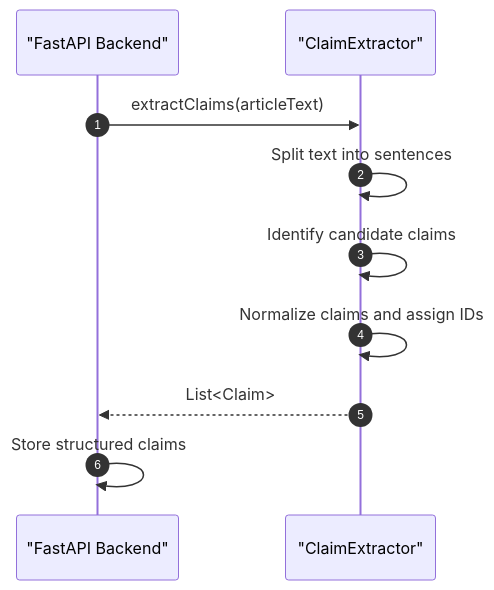
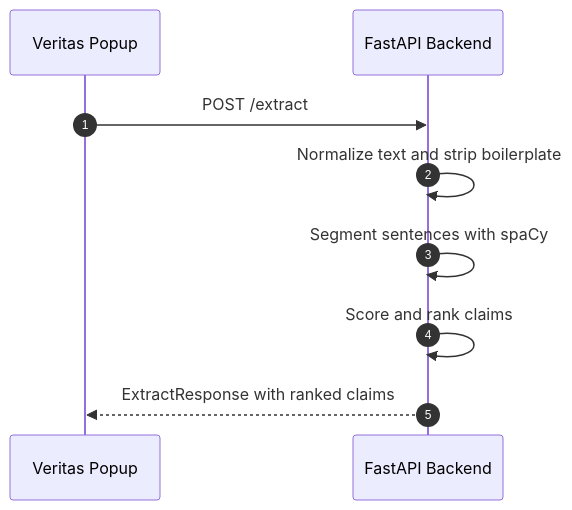
The seventh of 9 diagrams in docs/README.md (FastMartini/Veritas), drawn with Mermaid before and after one commit. The commit also changed other lines of this file, not shown here.

````diff
--- a/docs/README.md
+++ b/docs/README.md
@@ -636,13 +445,12 @@
 ```mermaid
 sequenceDiagram
     autonumber
-    participant Backend as "FastAPI Backend"
-    participant Extractor as "ClaimExtractor"
+    participant Popup as Veritas Popup
+    participant Backend as FastAPI Backend
 
-    Backend->>Extractor: extractClaims(articleText)
-    Extractor->>Extractor: Split text into sentences
-    Extractor->>Extractor: Identify candidate claims
-    Extractor->>Extractor: Normalize claims and assign IDs
-    Extractor-->>Backend: List<Claim>
-    Backend->>Backend: Store structured claims
+    Popup->>Backend: POST /extract
+    Backend->>Backend: Normalize text and strip boilerplate
+    Backend->>Backend: Segment sentences with spaCy
+    Backend->>Backend: Score and rank claims
+    Backend-->>Popup: ExtractResponse with ranked claims
 ```
````
